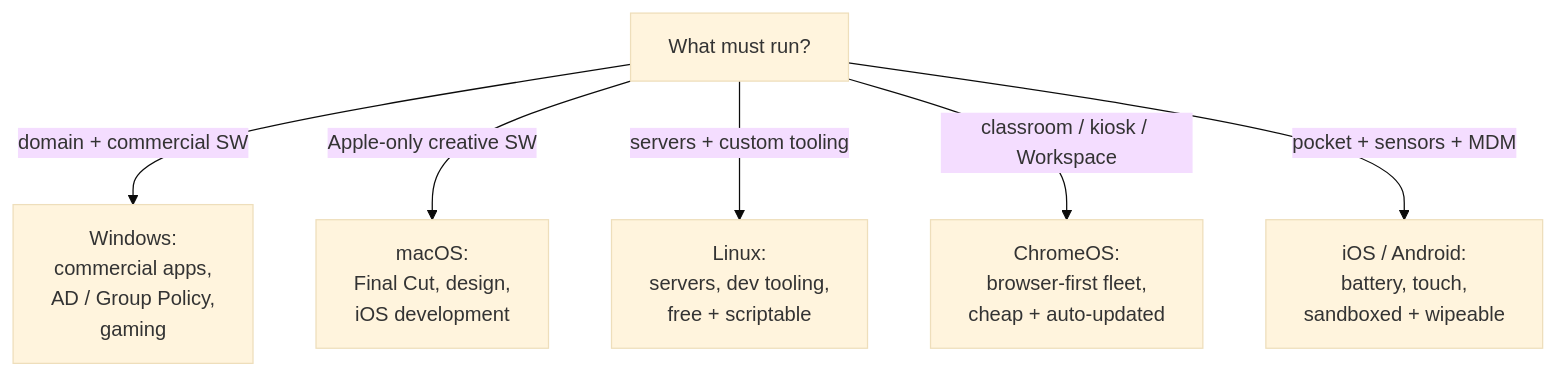
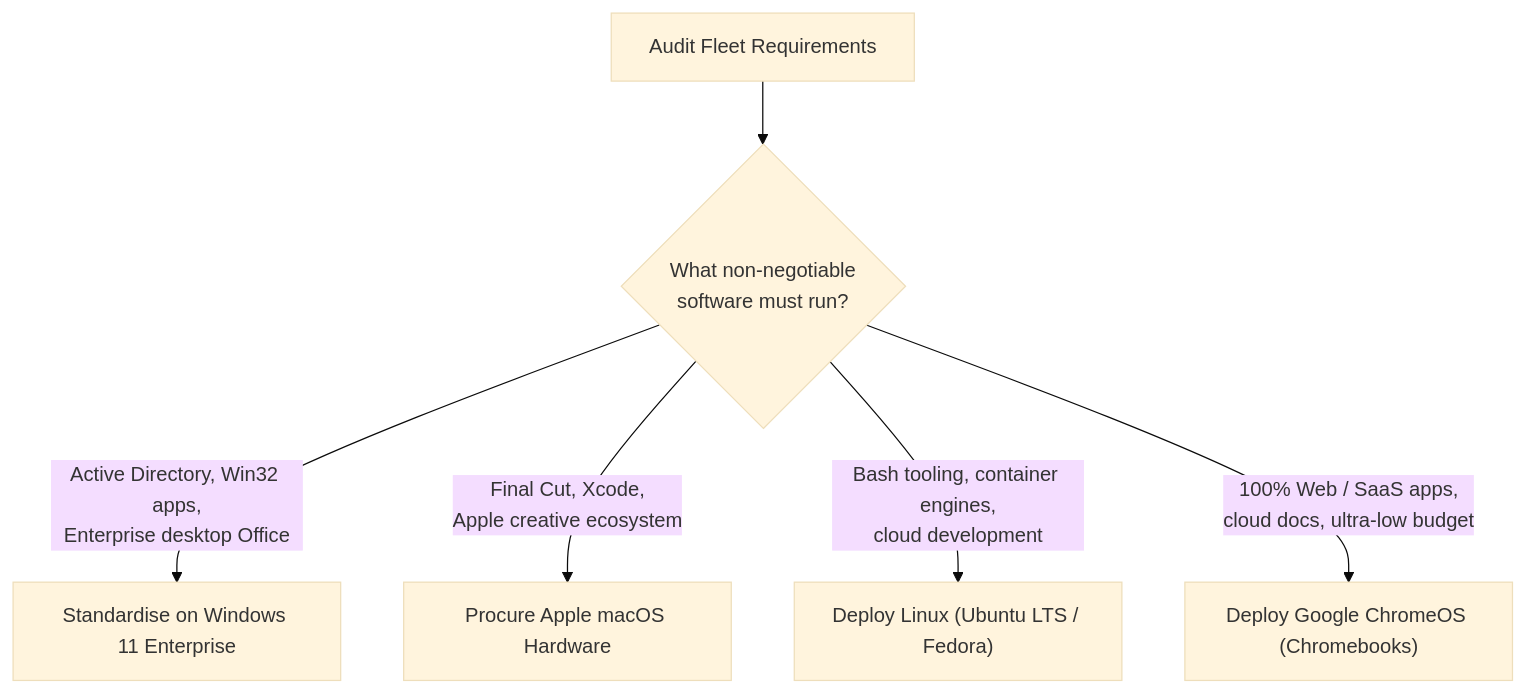
One commit to 1345AbhishekKumar/cs-cookbook changed the first of 2 diagrams in content/docs/computer-basics/it-support/17-os-selection-mobile-os.mdx. Above: the diagram before and after it, drawn with Mermaid (base theme). The commit also changed other lines of this file and 299 other files, not shown here.

````diff
--- a/content/docs/computer-basics/it-support/17-os-selection-mobile-os.mdx
+++ b/content/docs/computer-basics/it-support/17-os-selection-mobile-os.mdx
@@ -101,14 +63,8 @@
 ```mermaid
 flowchart TB
-    NEED["What must run?"]
-    WIN["Windows:<br/>commercial apps,<br/>AD / Group Policy,<br/>gaming"]
-    MAC["macOS:<br/>Final Cut, design,<br/>iOS development"]
-    LIN["Linux:<br/>servers, dev tooling,<br/>free + scriptable"]
-    CHROME["ChromeOS:<br/>browser-first fleet,<br/>cheap + auto-updated"]
-    MOB["iOS / Android:<br/>battery, touch,<br/>sandboxed + wipeable"]
-    NEED -->|"domain + commercial SW"| WIN
-    NEED -->|"Apple-only creative SW"| MAC
-    NEED -->|"servers + custom tooling"| LIN
-    NEED -->|"classroom / kiosk / Workspace"| CHROME
-    NEED -->|"pocket + sensors + MDM"| MOB
+    START["Audit Fleet Requirements"] --> SW{"What non-negotiable<br/>software must run?"}
+    SW -->|"Active Directory, Win32 apps,<br/>Enterprise desktop Office"| WIN["Standardise on Windows 11 Enterprise"]
+    SW -->|"Final Cut, Xcode,<br/>Apple creative ecosystem"| MAC["Procure Apple macOS Hardware"]
+    SW -->|"Bash tooling, container engines,<br/>cloud development"| LIN["Deploy Linux (Ubuntu LTS / Fedora)"]
+    SW -->|"100% Web / SaaS apps,<br/>cloud docs, ultra-low budget"| CHROME["Deploy Google ChromeOS (Chromebooks)"]
 ```
````
